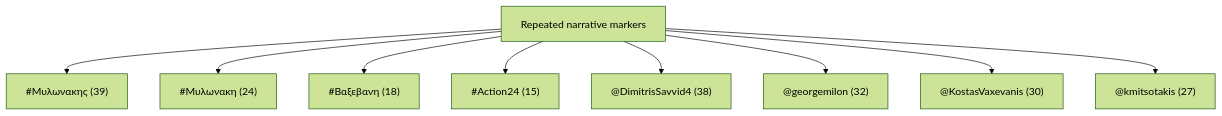
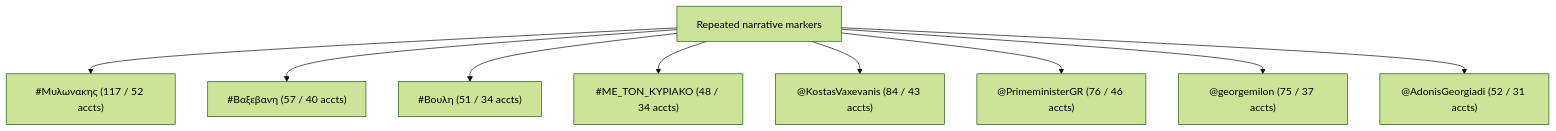
Before and after one commit to idominikosgr/zerosixty: the sixth of 6 diagrams in post_mortem.md, drawn with Mermaid (forest theme). The commit also changed other lines of this file, not shown here.

````diff
--- a/post_mortem.md
+++ b/post_mortem.md
@@ -250,14 +374,12 @@
 ```mermaid
 flowchart TB
     root["Repeated narrative markers"]
-
-    root --> h1["#Μυλωνακης (39)"]
-    root --> h2["#Μυλωνακη (24)"]
-    root --> h3["#Βαξεβανη (18)"]
-    root --> h4["#Action24 (15)"]
-
-    root --> m1["@DimitrisSavvid4 (38)"]
-    root --> m2["@georgemilon (32)"]
-    root --> m3["@KostasVaxevanis (30)"]
-    root --> m4["@kmitsotakis (27)"]
+    root --> h1["#Μυλωνακης (117 / 52 accts)"]
+    root --> h2["#Βαξεβανη (57 / 40 accts)"]
+    root --> h3["#Βουλη (51 / 34 accts)"]
+    root --> h4["#ΜΕ_ΤΟΝ_ΚΥΡΙΑΚΟ (48 / 34 accts)"]
+    root --> m1["@KostasVaxevanis (84 / 43 accts)"]
+    root --> m2["@PrimeministerGR (76 / 46 accts)"]
+    root --> m3["@georgemilon (75 / 37 accts)"]
+    root --> m4["@AdonisGeorgiadi (52 / 31 accts)"]
 ```
````
